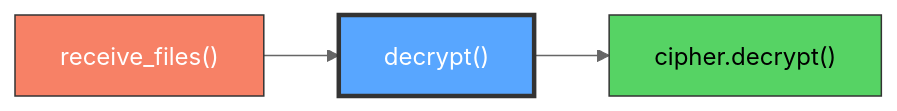
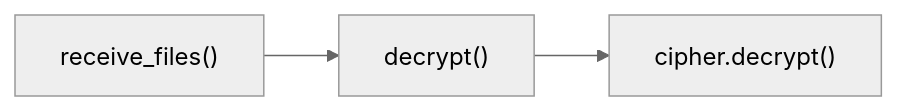
Before and after one commit to proudsunburn/ftransfer: the diagram in docs/decrypt.md, drawn with Mermaid (neutral theme). The commit also changed 23 other files, not shown here.

Commit message:
MINOR: Remove colors from mermaid for easy light/dark mode switching

````diff
--- a/docs/decrypt.md
+++ b/docs/decrypt.md
@@ -11,13 +11,9 @@
 ```mermaid
 graph LR
-    receive_files["receive_files()"]:::red
-    decrypt["decrypt()"]:::highlight
-    cipher_decrypt["cipher.decrypt()"]:::green
+    receive_files["receive_files()"]
+    decrypt["decrypt()"]
+    cipher_decrypt["cipher.decrypt()"]
 
     receive_files --> decrypt
     decrypt --> cipher_decrypt
-
-    classDef red fill:#f78166,stroke:#333,color:#fff
-    classDef highlight fill:#58a6ff,stroke:#333,color:#fff,stroke-width:3px
-    classDef green fill:#56d364,stroke:#333,color:#000
 ```
````
